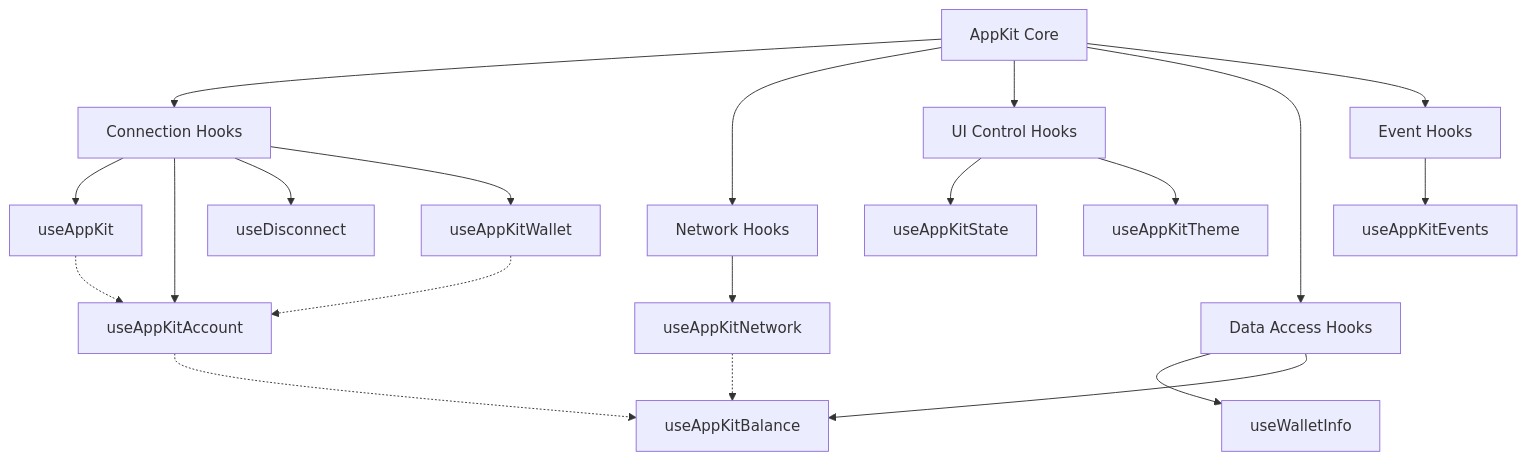
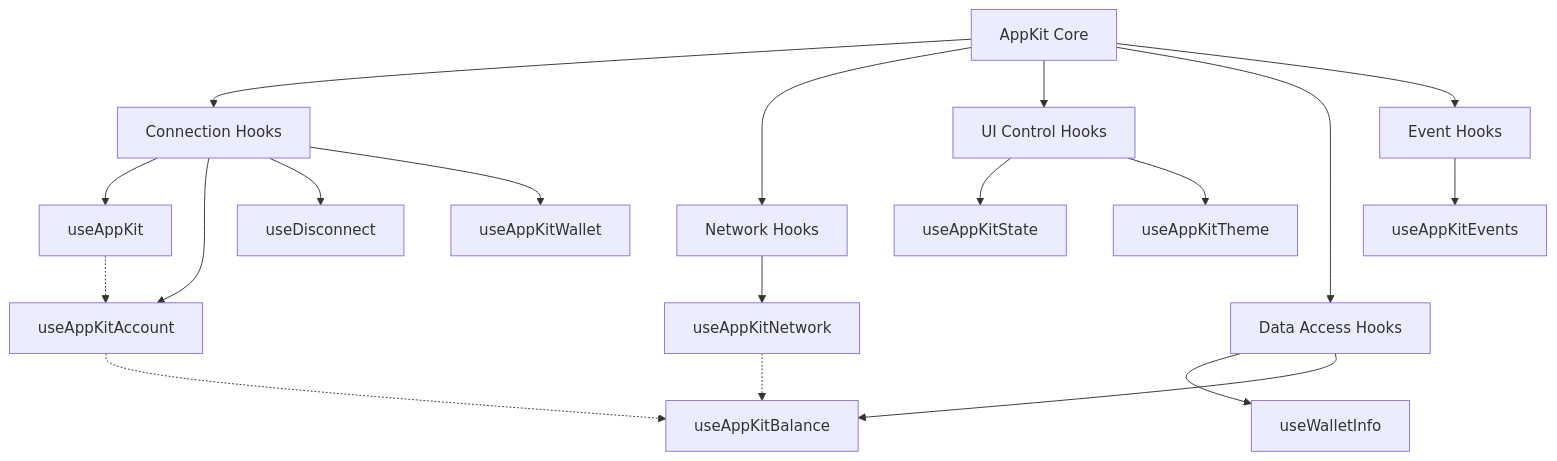
Before and after one commit to reown-com/reown-docs: the diagram in appkit/react/core/hooks.mdx, drawn with Mermaid.

Commit message:
Remove redundant relationship in hooks diagram

````diff
--- a/appkit/react/core/hooks.mdx
+++ b/appkit/react/core/hooks.mdx
@@ -26,28 +26,27 @@
 ```mermaid
 graph TD
   AppKit[AppKit Core] --> ConnHooks[Connection Hooks]
   AppKit --> NetworkHooks[Network Hooks]
   AppKit --> UIHooks[UI Control Hooks]
   AppKit --> DataHooks[Data Access Hooks]
   AppKit --> EventHooks[Event Hooks]
   
   ConnHooks --> useAppKit
   ConnHooks --> useAppKitAccount
   ConnHooks --> useDisconnect
   ConnHooks --> useAppKitWallet
   
   NetworkHooks --> useAppKitNetwork
   
   UIHooks --> useAppKitState
   UIHooks --> useAppKitTheme
   
   DataHooks --> useWalletInfo
   DataHooks --> useAppKitBalance
   
   EventHooks --> useAppKitEvents
   
   useAppKit -.-> useAppKitAccount
   useAppKitAccount -.-> useAppKitBalance
   useAppKitNetwork -.-> useAppKitBalance
-  useAppKitWallet -.-> useAppKitAccount
 ```
````
